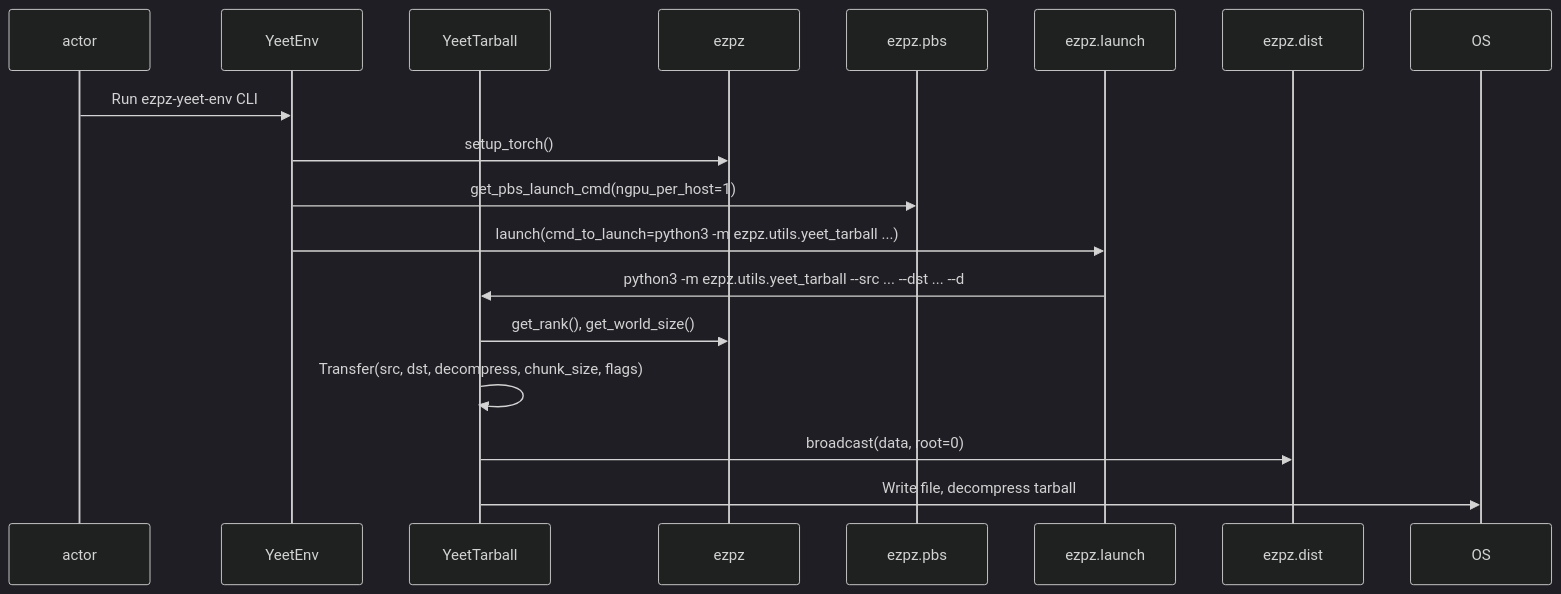
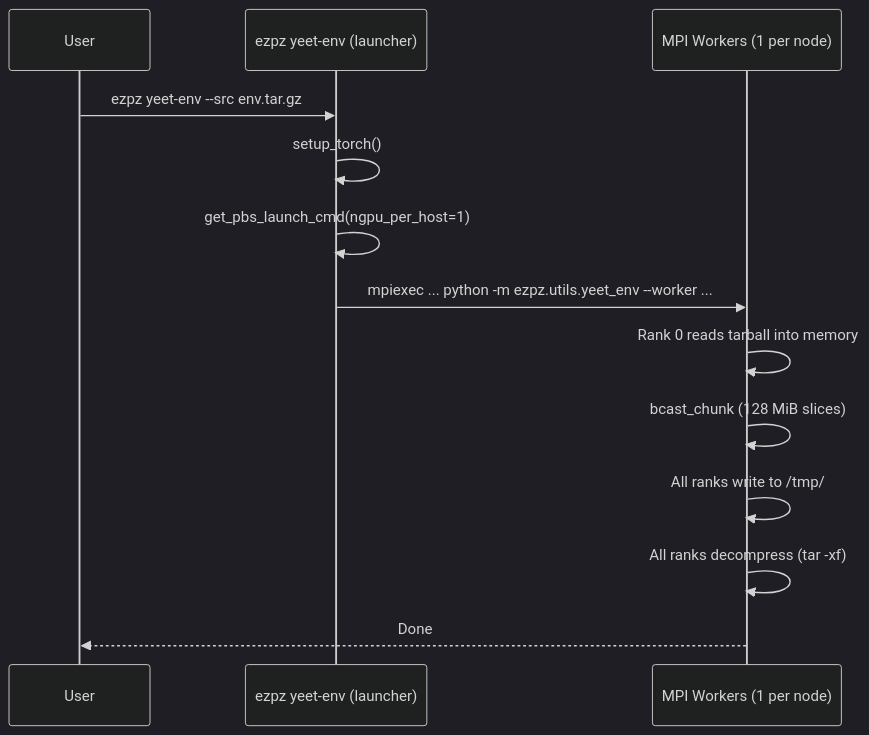
Before and after one commit to saforem2/ezpz: the diagram in docs/notes/yeet-env.md, drawn with Mermaid (dark theme). The commit also changed other lines of this file and 7 other files, not shown here.

````diff
--- a/docs/notes/yeet-env.md
+++ b/docs/notes/yeet-env.md
@@ -26,16 +122,16 @@
 ```mermaid
 sequenceDiagram
-    participant User as actor
-    participant YeetEnv
-    participant YeetTarball
-    participant ezpz
-    User->>YeetEnv: Run ezpz-yeet-env CLI
-    YeetEnv->>ezpz: setup_torch()
-    YeetEnv->>ezpz.pbs: get_pbs_launch_cmd(ngpu_per_host=1)
-    YeetEnv->>ezpz.launch: launch(cmd_to_launch=python3 -m ezpz.utils.yeet_tarball ...)
-    ezpz.launch->>YeetTarball: python3 -m ezpz.utils.yeet_tarball --src ... --dst ... --d
-    YeetTarball->>ezpz: get_rank(), get_world_size()
-    YeetTarball->>YeetTarball: Transfer(src, dst, decompress, chunk_size, flags)
-    YeetTarball->>ezpz.dist: broadcast(data, root=0)
-    YeetTarball->>OS: Write file, decompress tarball
+    participant User
+    participant YeetEnv as ezpz yeet-env (launcher)
+    participant MPI as MPI Workers (1 per node)
+
+    User->>YeetEnv: ezpz yeet-env --src env.tar.gz
+    YeetEnv->>YeetEnv: setup_torch()
+    YeetEnv->>YeetEnv: get_pbs_launch_cmd(ngpu_per_host=1)
+    YeetEnv->>MPI: mpiexec ... python -m ezpz.utils.yeet_env --worker ...
+    MPI->>MPI: Rank 0 reads tarball into memory
+    MPI->>MPI: bcast_chunk (128 MiB slices)
+    MPI->>MPI: All ranks write to /tmp/
+    MPI->>MPI: All ranks decompress (tar -xf)
+    MPI-->>User: Done
 ```
````
